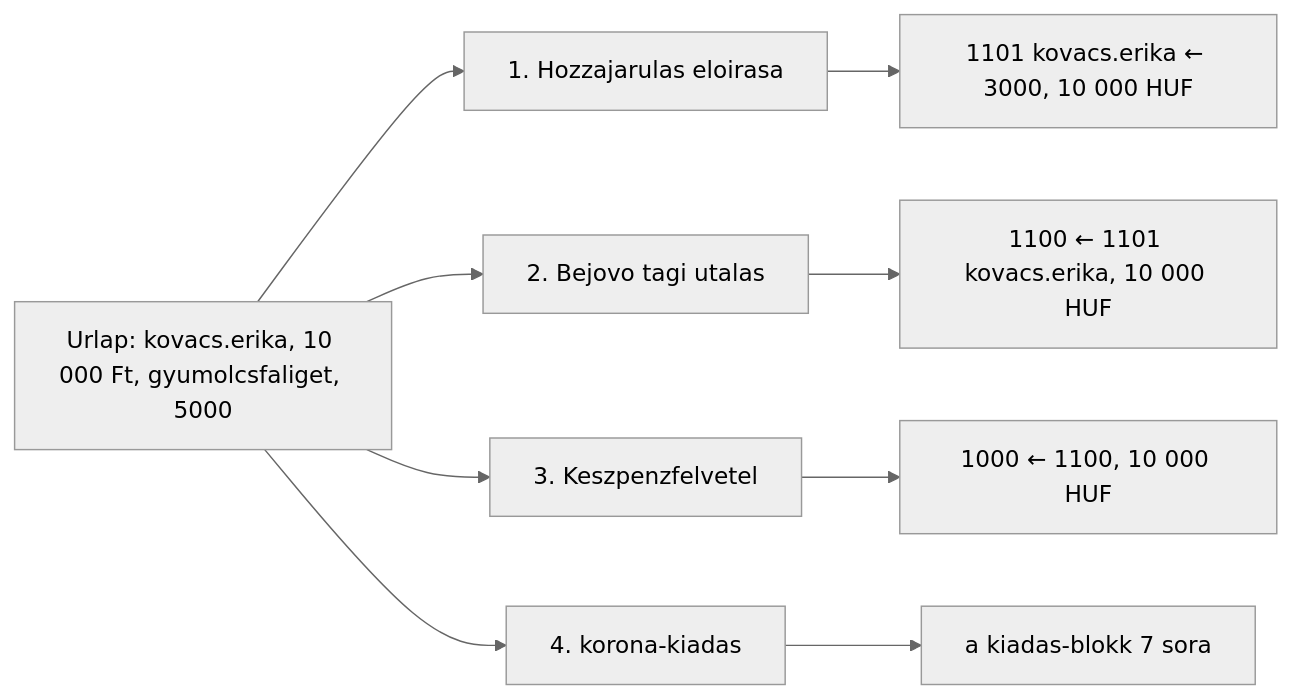
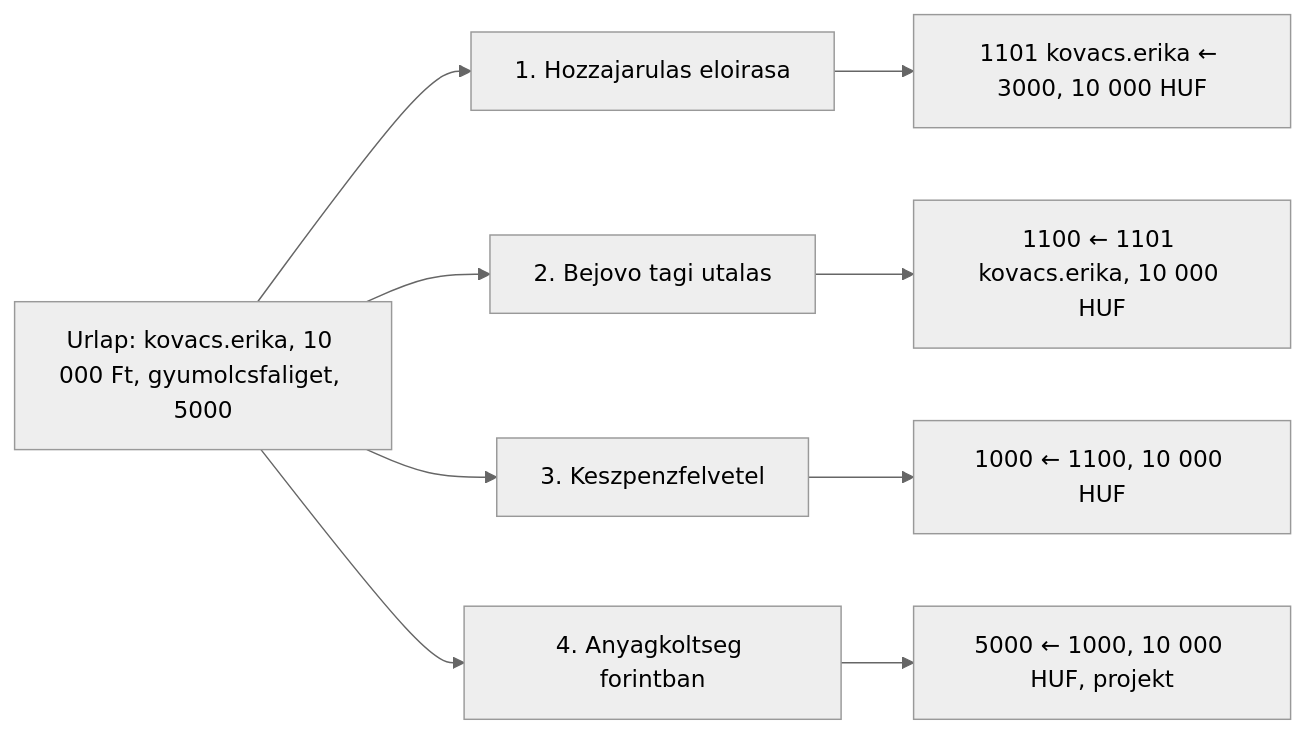
Before and after one commit to pitiboy/curr: diagram 14 of 15 in docs/transaction-workflow.md, drawn with Mermaid (neutral theme). The commit also changed other lines of this file and 1 other file, not shown here.

First line of the commit message:
docs: korona csak lekötéskor a nyilvántartásokon

````diff
--- a/docs/transaction-workflow.md
+++ b/docs/transaction-workflow.md
@@ -769,17 +680,17 @@
 ```mermaid
 flowchart LR
   formNode["Urlap: kovacs.erika, 10 000 Ft, gyumolcsfaliget, 5000"]
   eloiras["1. Hozzajarulas eloirasa"]
   utalas["2. Bejovo tagi utalas"]
   felv["3. Keszpenzfelvetel"]
-  blokk["4. korona-kiadas"]
+  koltseg["4. Anyagkoltseg forintban"]
   sor0["1101 kovacs.erika ← 3000, 10 000 HUF"]
   sor1["1100 ← 1101 kovacs.erika, 10 000 HUF"]
   sor2["1000 ← 1100, 10 000 HUF"]
-  sorok["a kiadas-blokk 7 sora"]
+  sor3["5000 ← 1000, 10 000 HUF, projekt"]
 
   formNode --> eloiras --> sor0
   formNode --> utalas --> sor1
   formNode --> felv --> sor2
-  formNode --> blokk --> sorok
+  formNode --> koltseg --> sor3
 ```
````
